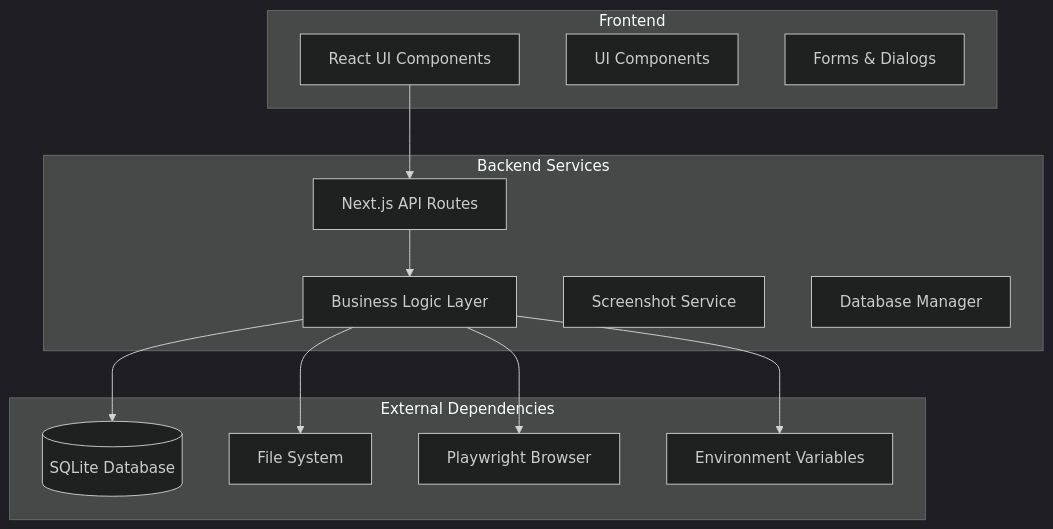
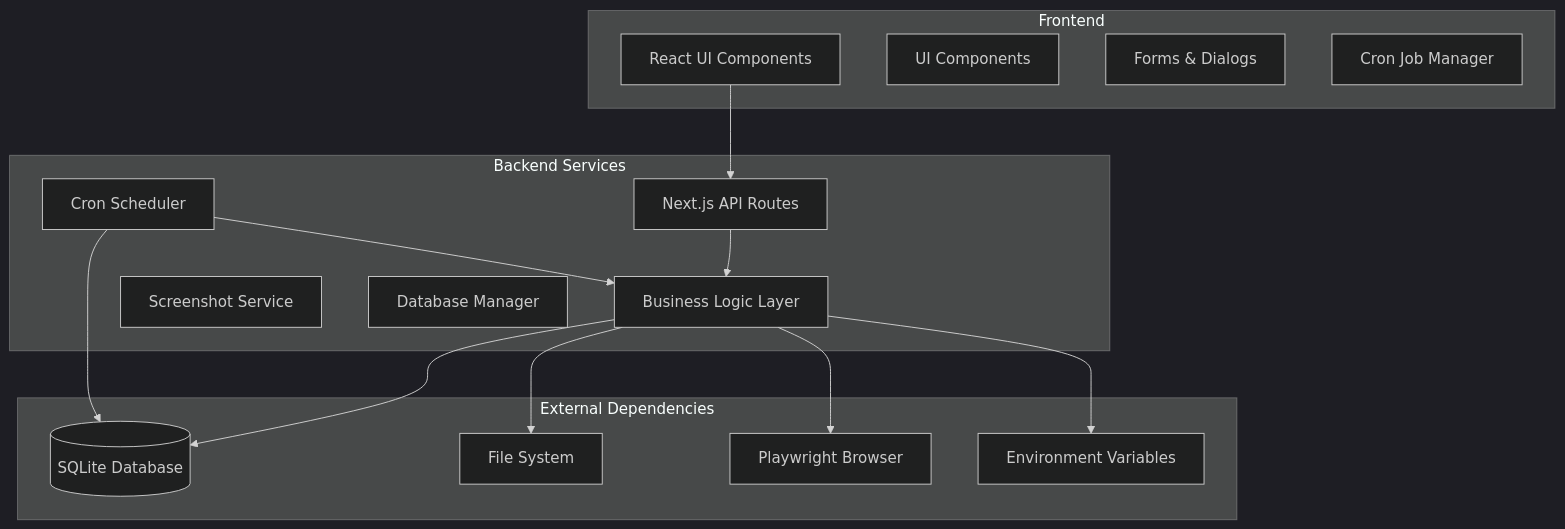
Before and after one commit to kzenmatthias/ohhert-orbis: the diagram in .kiro/specs/orbis-screenshot-manager/design.md, drawn with Mermaid (dark theme). The commit also changed other lines of this file and 24 other files, not shown here.

````diff
--- a/.kiro/specs/orbis-screenshot-manager/design.md
+++ b/.kiro/specs/orbis-screenshot-manager/design.md
@@ -11,29 +11,33 @@
 ```mermaid
 graph TB
     UI[React UI Components] --> API[Next.js API Routes]
     API --> BL[Business Logic Layer]
     BL --> DB[(SQLite Database)]
     BL --> FS[File System]
     BL --> PW[Playwright Browser]
     BL --> ENV[Environment Variables]
+    SCHED[Cron Scheduler] --> BL
+    SCHED --> DB
     
     subgraph "Frontend"
         UI
         COMP[UI Components]
         FORM[Forms & Dialogs]
+        CRON[Cron Job Manager]
     end
     
     subgraph "Backend Services"
         API
         BL
         SS[Screenshot Service]
         DM[Database Manager]
+        SCHED
     end
     
     subgraph "External Dependencies"
         DB
         FS
         PW
         ENV
     end
 ```
````
